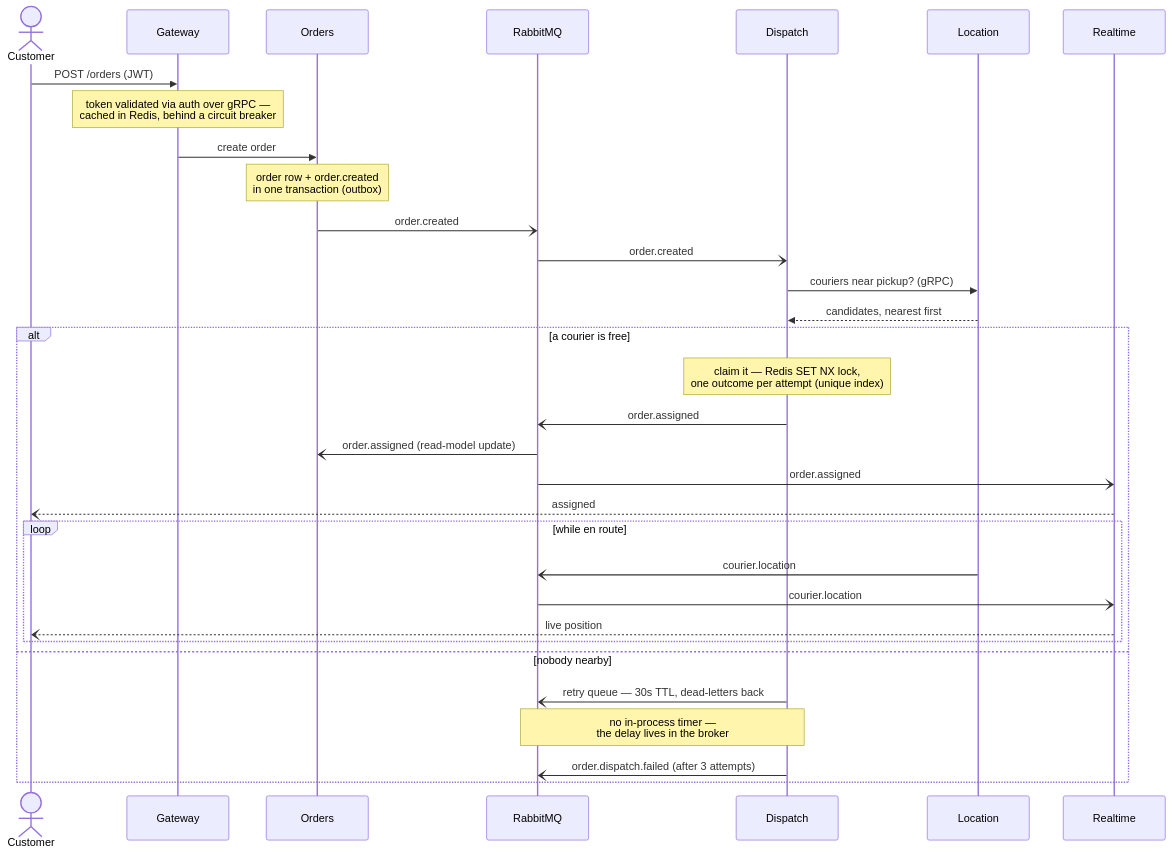
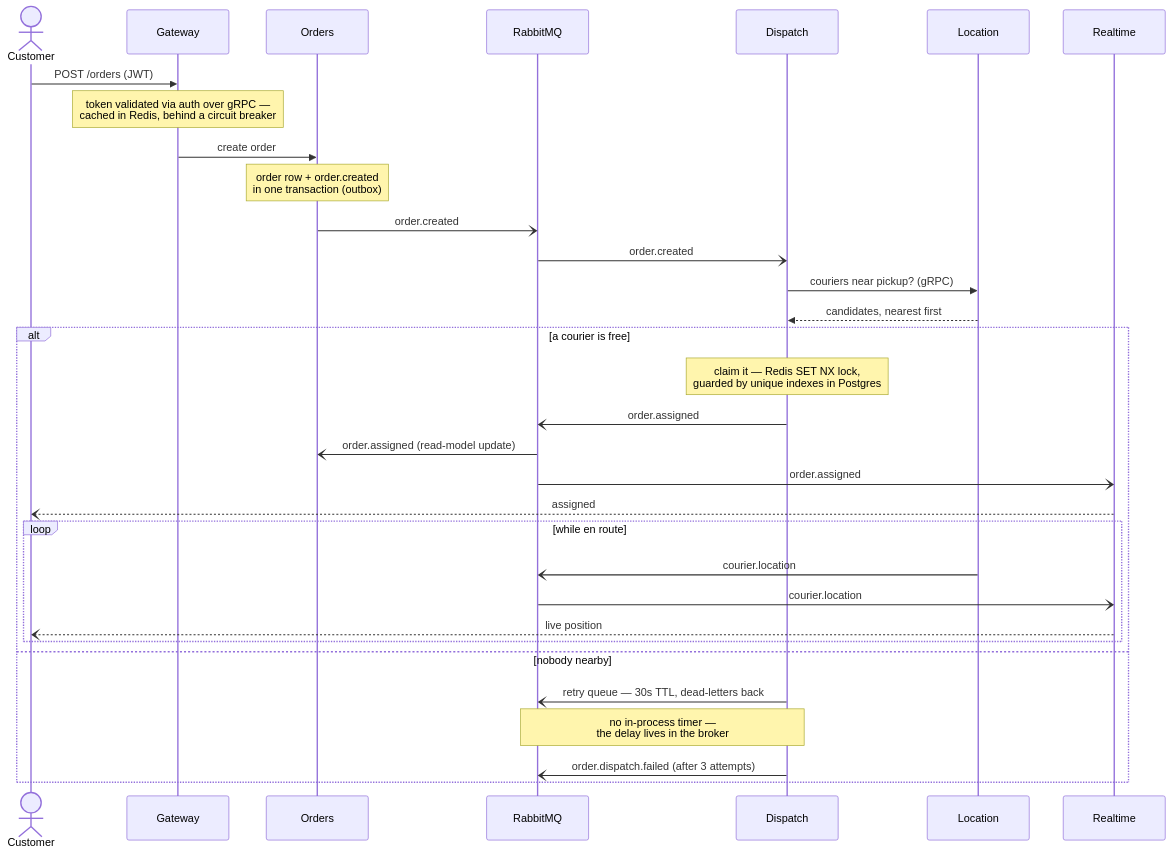
Before and after one commit to huseyincanbay/realtime-courier-network: the second of 2 diagrams in README.md, drawn with Mermaid. The commit also changed other lines of this file, not shown here.

Commit message:
docs: describe the open-order guard and the fail-fast Redis clients

````diff
--- a/README.md
+++ b/README.md
@@ -83,35 +83,35 @@
 ```mermaid
 sequenceDiagram
     actor C as Customer
     participant G as Gateway
     participant O as Orders
     participant MQ as RabbitMQ
     participant D as Dispatch
     participant L as Location
     participant RT as Realtime
 
     C->>G: POST /orders (JWT)
     Note over G: token validated via auth over gRPC —<br/>cached in Redis, behind a circuit breaker
     G->>O: create order
     Note over O: order row + order.created<br/>in one transaction (outbox)
     O-)MQ: order.created
     MQ-)D: order.created
     D->>L: couriers near pickup? (gRPC)
     L-->>D: candidates, nearest first
     alt a courier is free
-        Note over D: claim it — Redis SET NX lock,<br/>one outcome per attempt (unique index)
+        Note over D: claim it — Redis SET NX lock,<br/>guarded by unique indexes in Postgres
         D-)MQ: order.assigned
         MQ-)O: order.assigned (read-model update)
         MQ-)RT: order.assigned
         RT--)C: assigned
         loop while en route
             L-)MQ: courier.location
             MQ-)RT: courier.location
             RT--)C: live position
         end
     else nobody nearby
         D-)MQ: retry queue — 30s TTL, dead-letters back
         Note over D,MQ: no in-process timer —<br/>the delay lives in the broker
         D-)MQ: order.dispatch.failed (after 3 attempts)
     end
 ```
````
